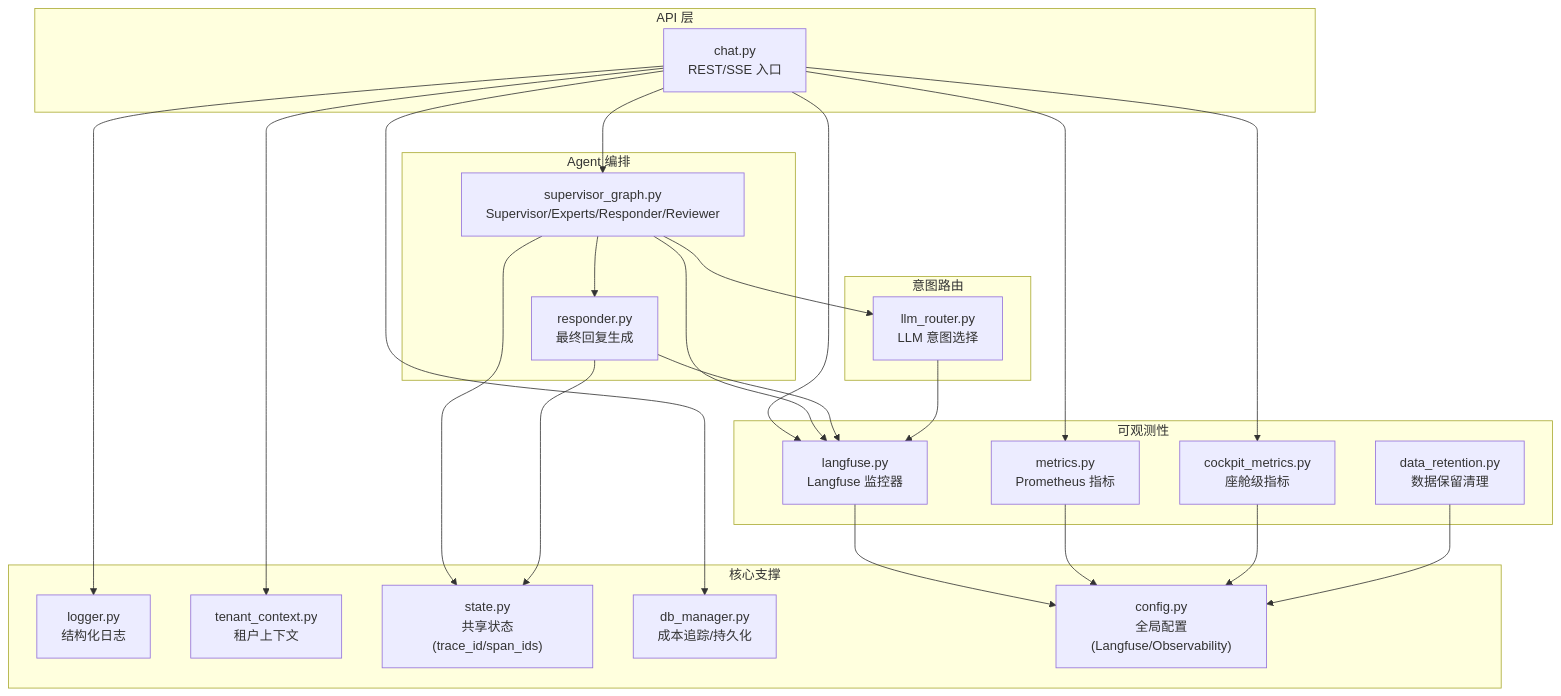
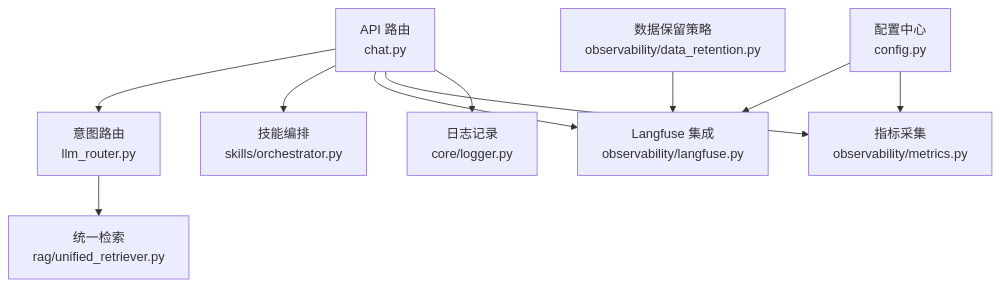
One commit to zmdhdu/NexusCockpit changed the first of 5 diagrams in .qoder/repowiki/zh/content/可观测性系统/分布式追踪.md. Above: the diagram before and after it, drawn with Mermaid. The commit also changed other lines of this file and 535 other files, not shown here.

````diff
--- a/.qoder/repowiki/zh/content/可观测性系统/分布式追踪.md
+++ b/.qoder/repowiki/zh/content/可观测性系统/分布式追踪.md
@@ -49,44 +34,12 @@
 ```mermaid
 graph TB
-subgraph "API 层"
-A["chat.py<br/>REST/SSE 入口"]
-end
-subgraph "Agent 编排"
-B["supervisor_graph.py<br/>Supervisor/Experts/Responder/Reviewer"]
-C["responder.py<br/>最终回复生成"]
-end
-subgraph "意图路由"
-D["llm_router.py<br/>LLM 意图选择"]
-end
-subgraph "可观测性"
-E["langfuse.py<br/>Langfuse 监控器"]
-F["metrics.py<br/>Prometheus 指标"]
-G["cockpit_metrics.py<br/>座舱级指标"]
-H["data_retention.py<br/>数据保留清理"]
-end
-subgraph "核心支撑"
-I["logger.py<br/>结构化日志"]
-J["tenant_context.py<br/>租户上下文"]
-K["state.py<br/>共享状态(trace_id/span_ids)"]
-L["db_manager.py<br/>成本追踪/持久化"]
-M["config.py<br/>全局配置(Langfuse/Observability)"]
-end
-A --> B
-B --> C
-B --> D
-A --> E
-A --> F
-A --> G
-B --> E
-C --> E
-D --> E
-A --> I
-A --> J
-B --> K
-C --> K
-A --> L
-E --> M
-F --> M
-G --> M
-H --> M
+A["API 路由<br/>chat.py"] --> B["意图路由<br/>llm_router.py"]
+A --> C["技能编排<br/>skills/orchestrator.py"]
+B --> D["统一检索<br/>rag/unified_retriever.py"]
+A --> E["Langfuse 集成<br/>observability/langfuse.py"]
+A --> F["指标采集<br/>observability/metrics.py"]
+A --> G["日志记录<br/>core/logger.py"]
+H["配置中心<br/>config.py"] --> E
+H --> F
+I["数据保留策略<br/>observability/data_retention.py"] --> E
 ```
````
